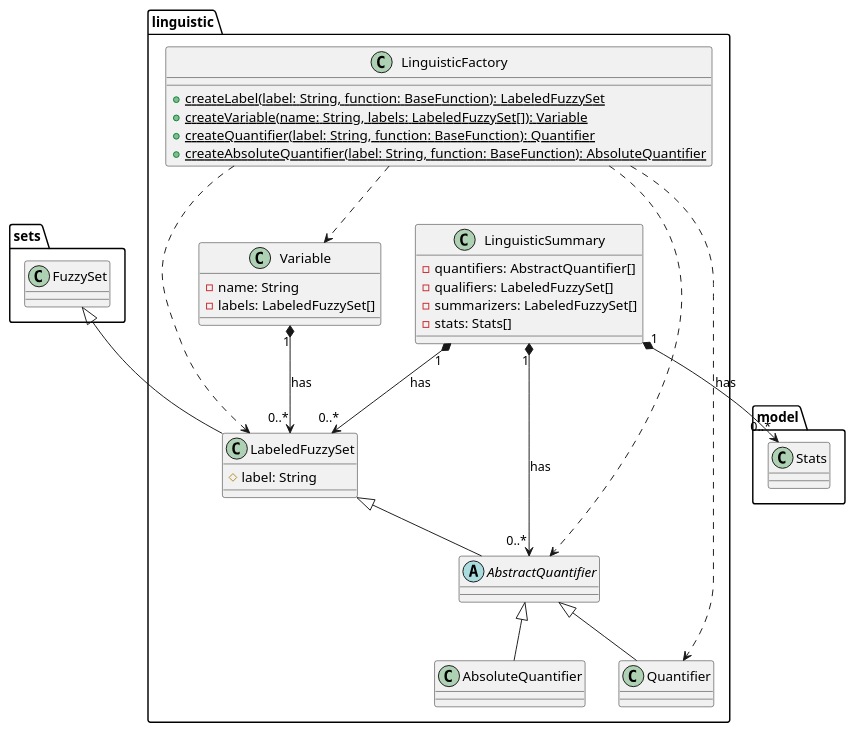
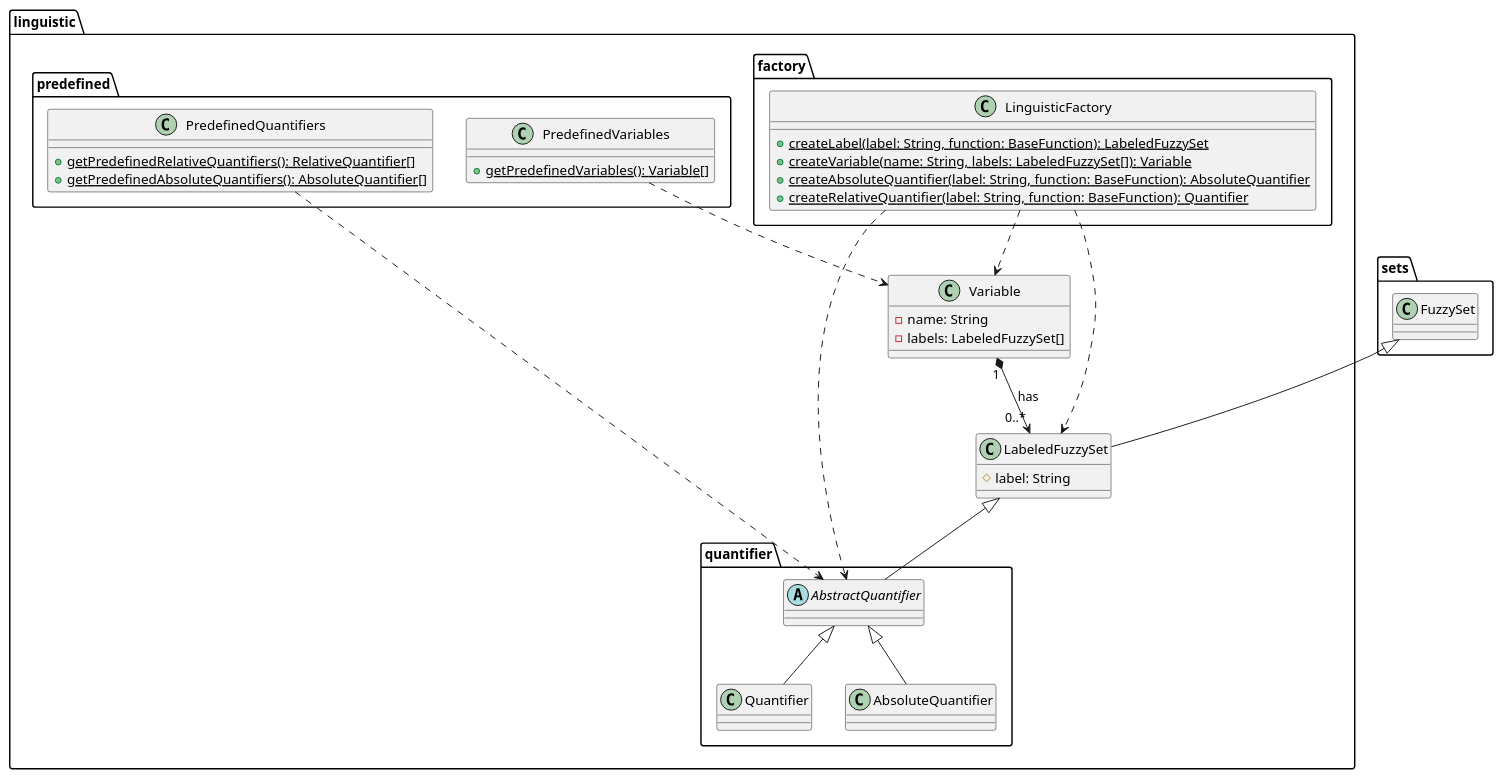
Before and after one commit to kambed/Computer-Recognition-Systems: the sixth of 8 diagrams in task2/README.md, drawn with PlantUML. The commit also changed other lines of this file, not shown here.

````diff
--- a/task2/README.md
+++ b/task2/README.md
@@ -187,44 +205,45 @@
 ```plantuml
 package linguistic {
-    class LinguisticSummary {
-        - quantifiers: AbstractQuantifier[]
-        - qualifiers: LabeledFuzzySet[]
-        - summarizers: LabeledFuzzySet[]
-        - stats: Stats[]
+    package factory {
+        class LinguisticFactory {
+            + {static} createLabel(label: String, function: BaseFunction): LabeledFuzzySet
+            + {static} createVariable(name: String, labels: LabeledFuzzySet[]): Variable
+            + {static} createAbsoluteQuantifier(label: String, function: BaseFunction): AbsoluteQuantifier
+            + {static} createRelativeQuantifier(label: String, function: BaseFunction): Quantifier
+        }
     }
-    LinguisticSummary "1" *--> "0..*" AbstractQuantifier: has
-    LinguisticSummary "1" *--> "0..*" LabeledFuzzySet: has
-    
+    package predefined {
+        class PredefinedQuantifiers {
+            + {static} getPredefinedRelativeQuantifiers(): RelativeQuantifier[]
+            + {static} getPredefinedAbsoluteQuantifiers(): AbsoluteQuantifier[]
+        }
+        class PredefinedVariables {
+            + {static} getPredefinedVariables(): Variable[]
+        }
+    }
+    package quantifier {
+        abstract class AbstractQuantifier
+        class Quantifier extends AbstractQuantifier
+        class AbsoluteQuantifier extends AbstractQuantifier
+    }
     class LabeledFuzzySet {
         # label: String
     }
     class Variable {
         - name: String
         - labels: LabeledFuzzySet[]
     }
+    LabeledFuzzySet <|-- AbstractQuantifier
     Variable "1" *--> "0..*" LabeledFuzzySet: has
     
-    abstract class AbstractQuantifier extends LabeledFuzzySet
-    class Quantifier extends AbstractQuantifier
-    class AbsoluteQuantifier extends AbstractQuantifier
-    
-    class LinguisticFactory {
-        + {static} createLabel(label: String, function: BaseFunction): LabeledFuzzySet
-        + {static} createVariable(name: String, labels: LabeledFuzzySet[]): Variable
-        + {static} createQuantifier(label: String, function: BaseFunction): Quantifier
-        + {static} createAbsoluteQuantifier(label: String, function: BaseFunction): AbsoluteQuantifier
-    }
     LinguisticFactory ..> LabeledFuzzySet
     LinguisticFactory ..> Variable
     LinguisticFactory ..> AbstractQuantifier
-    LinguisticFactory ..> Quantifier
-}
-package model {
-    class Stats
 }
 package sets {
     class FuzzySet
 }
-LinguisticSummary "1" *--> "0..*" Stats: has
+PredefinedQuantifiers ..> AbstractQuantifier
+PredefinedVariables ..> Variable
 FuzzySet <|-- LabeledFuzzySet
 ```
````
